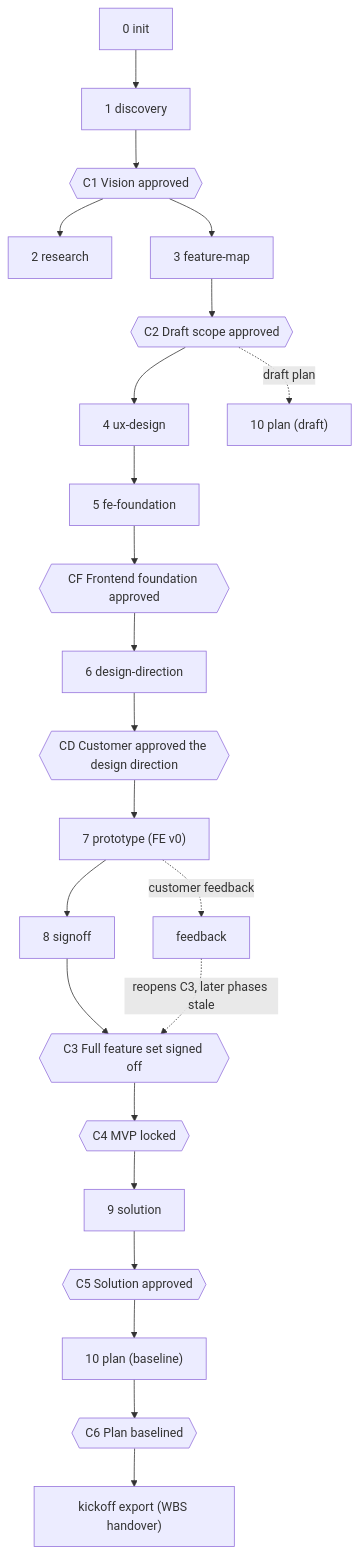
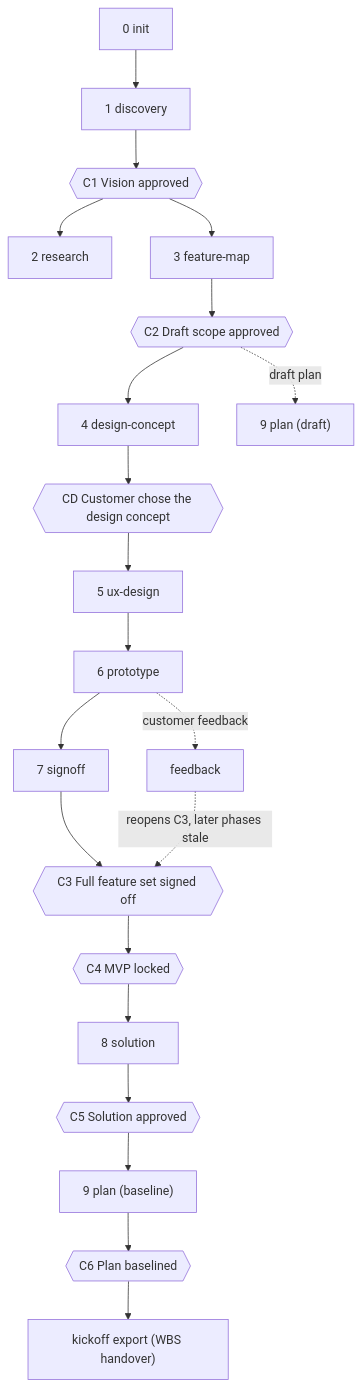
Before and after one commit to ivai-dev/kick: the diagram in README.md, drawn with Mermaid. The commit also changed other lines of this file and 39 other files, not shown here.

First line of the commit message:
feat(skills)!: process and design philosophy only; design-concept, decision cards, tool-agnostic prototype; release 0.8.0

````diff
--- a/README.md
+++ b/README.md
@@ -15,25 +17,23 @@
 ```mermaid
 flowchart TD
     P0["0 init"] --> P1["1 discovery"]
     P1 --> C1{{"C1 Vision approved"}}
     C1 --> P2["2 research"]
     C1 --> P3["3 feature-map"]
     P3 --> C2{{"C2 Draft scope approved"}}
-    C2 --> P4["4 ux-design"]
-    P4 --> P4f["5 fe-foundation"]
-    P4f --> CF{{"CF Frontend foundation approved"}}
-    CF --> PD["6 design-direction"]
-    PD --> CD{{"CD Customer approved the design direction"}}
-    CD --> P5["7 prototype (FE v0)"]
-    P5 --> P6["8 signoff"]
-    P6 --> C3{{"C3 Full feature set signed off"}}
+    C2 --> P4["4 design-concept"]
+    P4 --> CD{{"CD Customer chose the design concept"}}
+    CD --> P5["5 ux-design"]
+    P5 --> P6["6 prototype"]
+    P6 --> P7["7 signoff"]
+    P7 --> C3{{"C3 Full feature set signed off"}}
     C3 --> C4{{"C4 MVP locked"}}
-    C4 --> P7["9 solution"]
-    P7 --> C5{{"C5 Solution approved"}}
-    C5 --> P8["10 plan (baseline)"]
-    P8 --> C6{{"C6 Plan baselined"}}
+    C4 --> P8["8 solution"]
+    P8 --> C5{{"C5 Solution approved"}}
+    C5 --> P9["9 plan (baseline)"]
+    P9 --> C6{{"C6 Plan baselined"}}
     C6 --> X["kickoff export (WBS handover)"]
-    C2 -.->|"draft plan"| P8d["10 plan (draft)"]
-    P5 -.->|"customer feedback"| FB["feedback"]
+    C2 -.->|"draft plan"| P9d["9 plan (draft)"]
+    P6 -.->|"customer feedback"| FB["feedback"]
     FB -.->|"reopens C3, later phases stale"| C3
 ```
````
